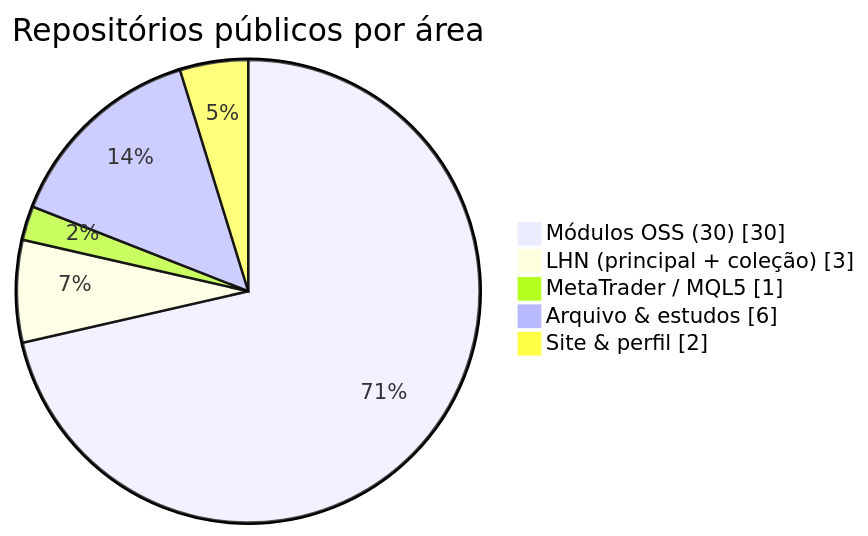
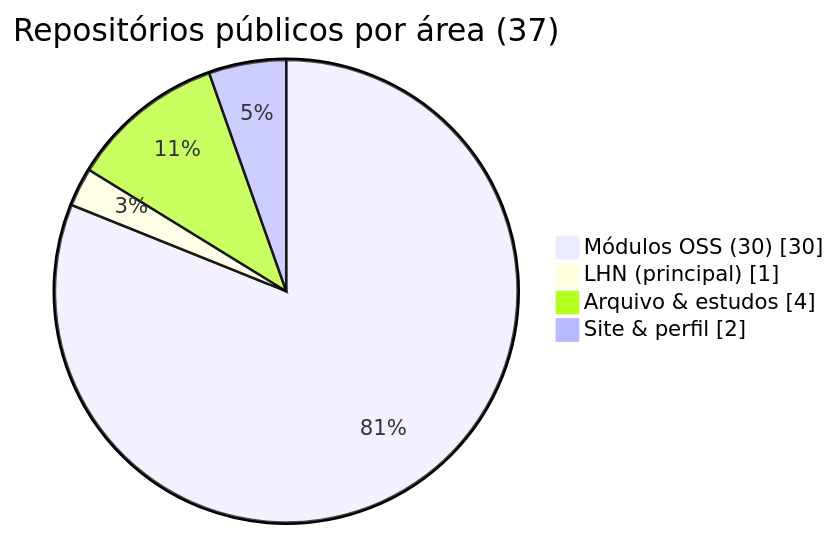
The diagram in README.md (SrSatriano/SrSatriano), drawn with Mermaid before and after one commit. The commit also changed other lines of this file, not shown here.

````diff
--- a/README.md
+++ b/README.md
@@ -60,9 +59,8 @@
 ```mermaid
 pie showData
-    title Repositórios públicos por área
+    title Repositórios públicos por área (37)
     "Módulos OSS (30)" : 30
-    "LHN (principal + coleção)" : 3
-    "MetaTrader / MQL5" : 1
-    "Arquivo & estudos" : 6
+    "LHN (principal)" : 1
+    "Arquivo & estudos" : 4
     "Site & perfil" : 2
 ```
````
